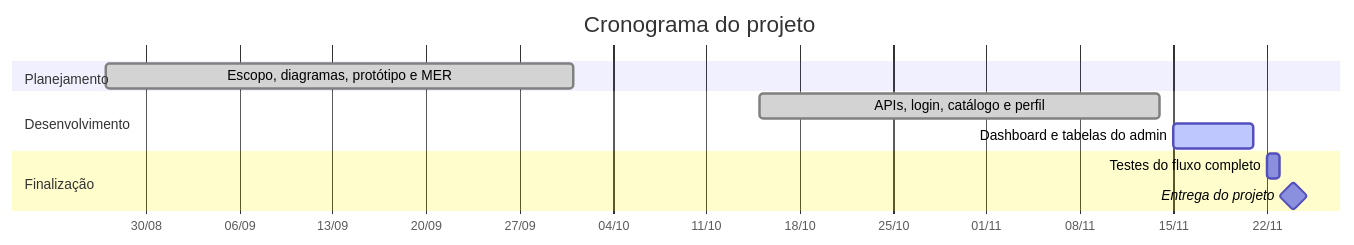
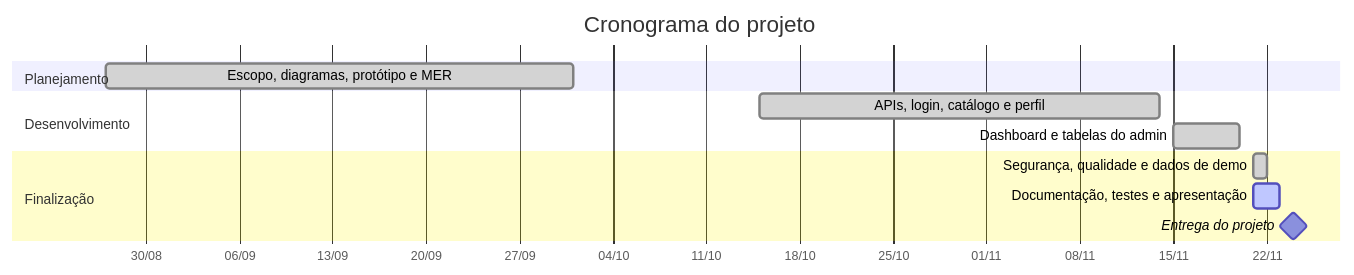
The ninth of 9 diagrams in README.md (Protagonistas-ADS/PI-2), drawn with Mermaid before and after one commit. The commit also changed other lines of this file, not shown here.

Commit message:
docs(readme): incluir prints, diagramas atualizados e melhorias futuras

````diff
--- a/README.md
+++ b/README.md
@@ -1008,14 +1071,15 @@
 ```mermaid
 gantt
     title Cronograma do projeto
     dateFormat YYYY-MM-DD
     axisFormat %d/%m
     section Planejamento
     Escopo, diagramas, protótipo e MER   :done, plan, 2026-08-27, 2026-10-01
     section Desenvolvimento
     APIs, login, catálogo e perfil       :done, dev, 2026-10-15, 2026-11-14
-    Dashboard e tabelas do admin         :active, adm, 2026-11-15, 2026-11-21
+    Dashboard e tabelas do admin         :done, adm, 2026-11-15, 2026-11-20
     section Finalização
-    Testes do fluxo completo             :tst, 2026-11-22, 2026-11-23
+    Segurança, qualidade e dados de demo :done, qual, 2026-11-21, 1d
+    Documentação, testes e apresentação  :active, doc, 2026-11-21, 2026-11-23
     Entrega do projeto                   :milestone, ent, 2026-11-24, 0d
 ```
````
